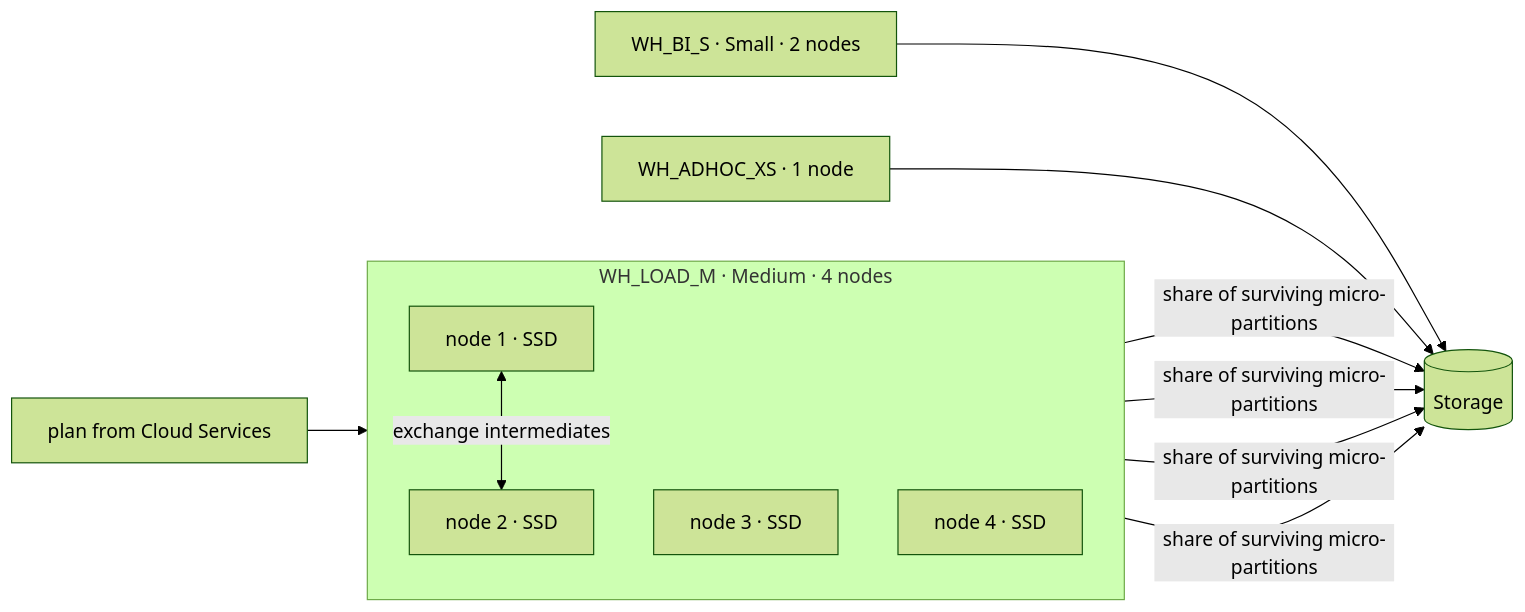
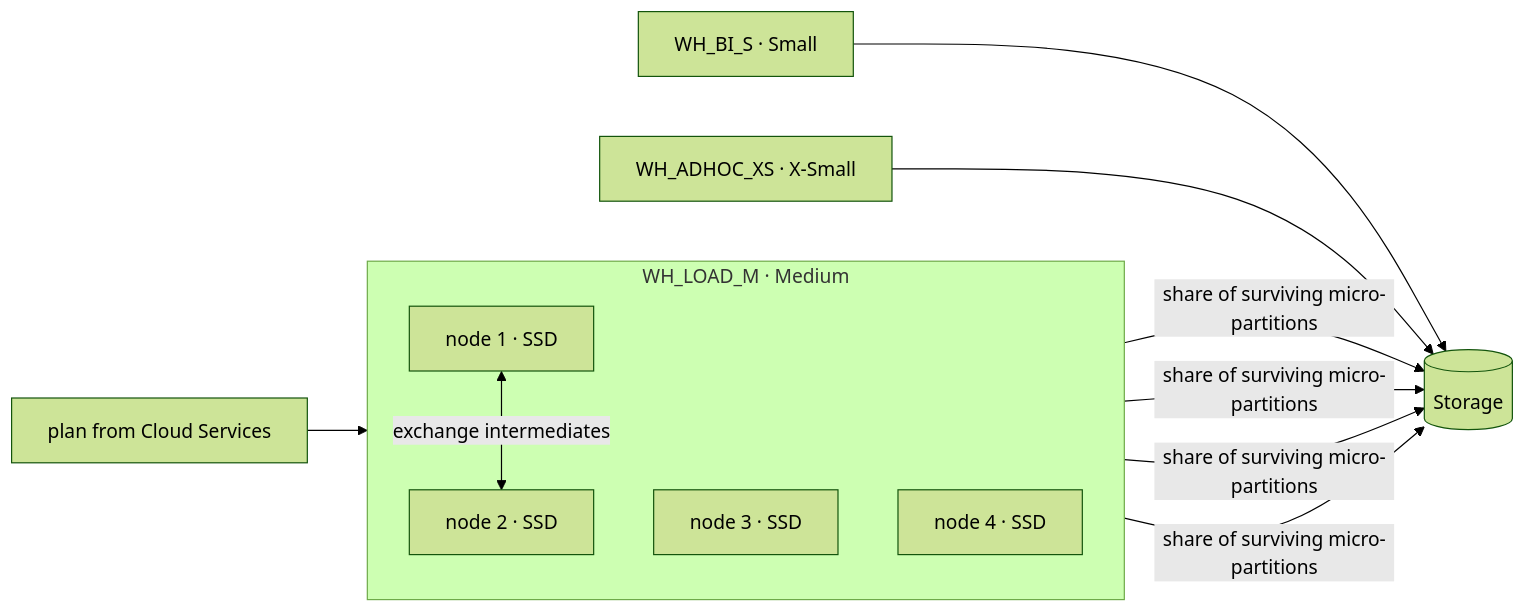
The diagram in vault/Concepts/Compute Layer.md (damian0o/learn_snowflake), drawn with Mermaid (forest theme) before and after one commit. The commit also changed other lines of this file and 15 other files, not shown here.

````diff
--- a/vault/Concepts/Compute Layer.md
+++ b/vault/Concepts/Compute Layer.md
@@ -9,15 +9,15 @@
 ```mermaid
 flowchart LR
   P[plan from Cloud Services] --> WH
-  subgraph WH[WH_LOAD_M · Medium · 4 nodes]
+  subgraph WH[WH_LOAD_M · Medium]
     direction TB
     N1[node 1 · SSD] 
     N2[node 2 · SSD]
     N3[node 3 · SSD]
     N4[node 4 · SSD]
   end
   N1 & N2 & N3 & N4 -->|share of surviving micro-partitions| S[(Storage)]
   N1 <-->|exchange intermediates| N2
-  WH2[WH_BI_S · Small · 2 nodes] --> S
-  WH3[WH_ADHOC_XS · 1 node] --> S
+  WH2[WH_BI_S · Small] --> S
+  WH3[WH_ADHOC_XS · X-Small] --> S
 ```
````
